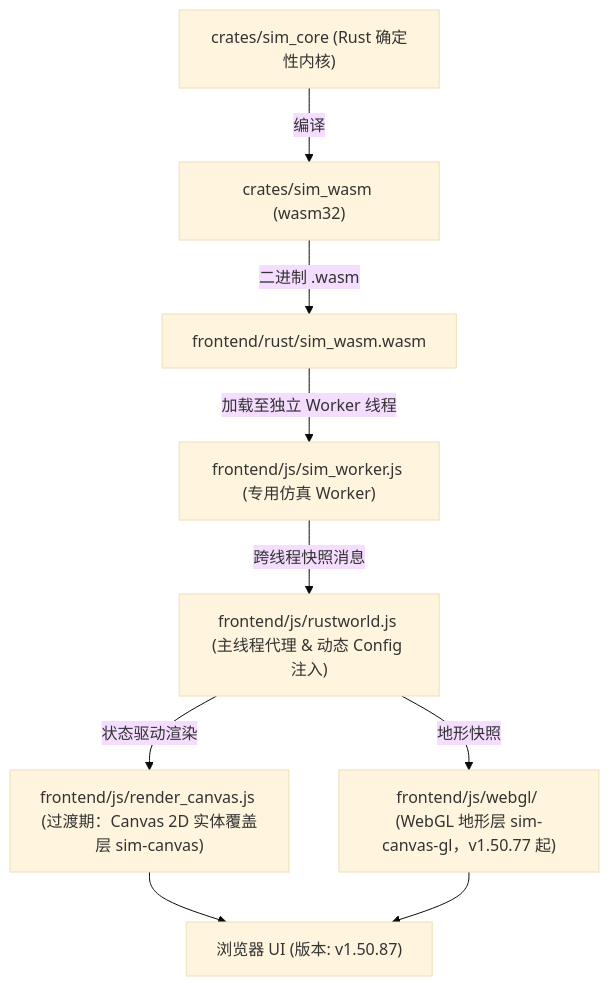
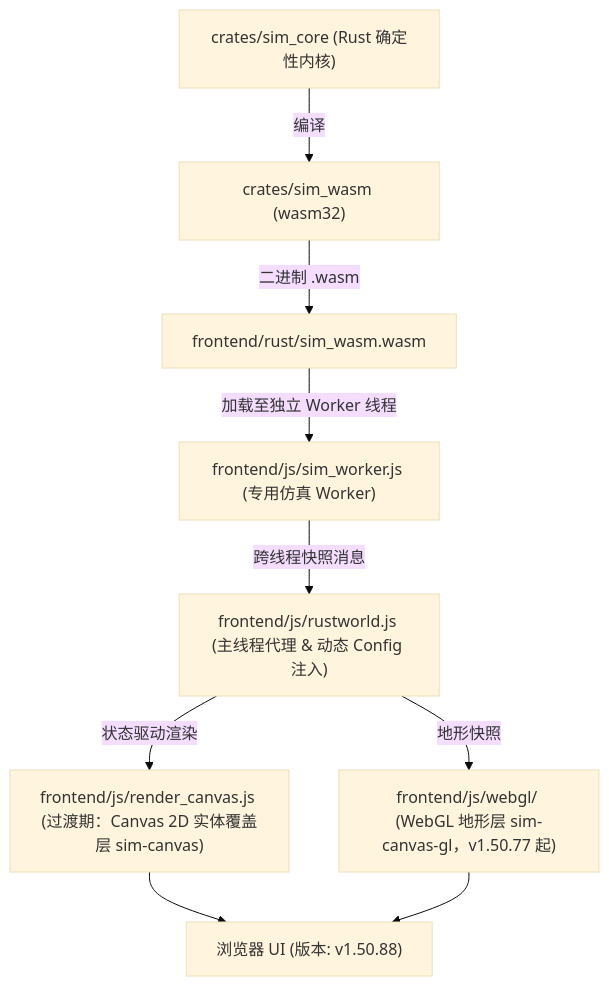
The diagram in AGENTS.md (g39088902/FlowAndAccord), drawn with Mermaid (base theme) before and after one commit. The commit also changed other lines of this file and 13 other files, not shown here.

````diff
--- a/AGENTS.md
+++ b/AGENTS.md
@@ -62,12 +62,12 @@
 ```mermaid
 graph TD
     A["crates/sim_core (Rust 确定性内核)"] -->|编译| B["crates/sim_wasm (wasm32)"]
     B -->|二进制 .wasm| C["frontend/rust/sim_wasm.wasm"]
     C -->|加载至独立 Worker 线程| D["frontend/js/sim_worker.js (专用仿真 Worker)"]
     D -->|跨线程快照消息| E["frontend/js/rustworld.js (主线程代理 & 动态 Config 注入)"]
     E -->|状态驱动渲染| F["frontend/js/render_canvas.js (过渡期：Canvas 2D 实体覆盖层 sim-canvas)"]
     E -->|地形快照| F2["frontend/js/webgl/ (WebGL 地形层 sim-canvas-gl，v1.50.77 起)"]
-    F --> G["浏览器 UI (版本: v1.50.87)"]
+    F --> G["浏览器 UI (版本: v1.50.88)"]
     F2 --> G
 
 ```
````
